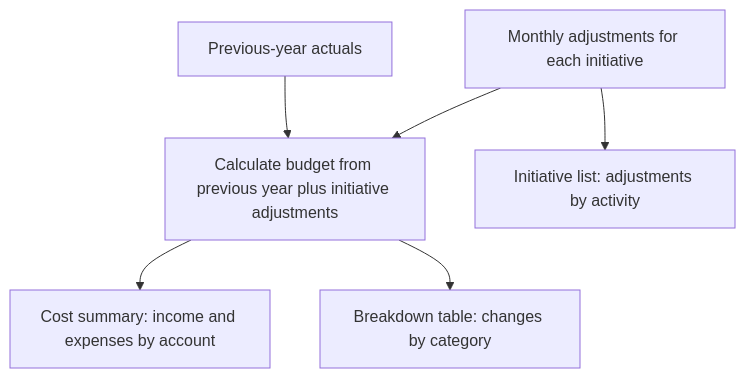
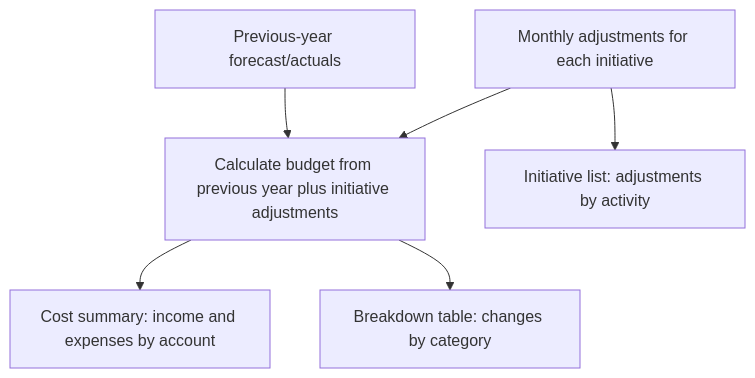
One commit to akihisa-dev/Triadic changed the first of 2 diagrams in README.md. Above: the diagram before and after it, drawn with Mermaid. The commit also changed other lines of this file and 114 other files, not shown here.

````diff
--- a/README.md
+++ b/README.md
@@ -31,8 +35,8 @@
 ```mermaid
 flowchart TD
-  previous[Previous-year actuals] --> plan[Calculate budget from previous year plus initiative adjustments]
+  previous[Previous-year forecast/actuals] --> plan[Calculate budget from previous year plus initiative adjustments]
   initiatives[Monthly adjustments for each initiative] --> plan
   initiatives --> list[Initiative list: adjustments by activity]
   plan --> cost[Cost summary: income and expenses by account]
   plan --> expansion[Breakdown table: changes by category]
 ```
````
